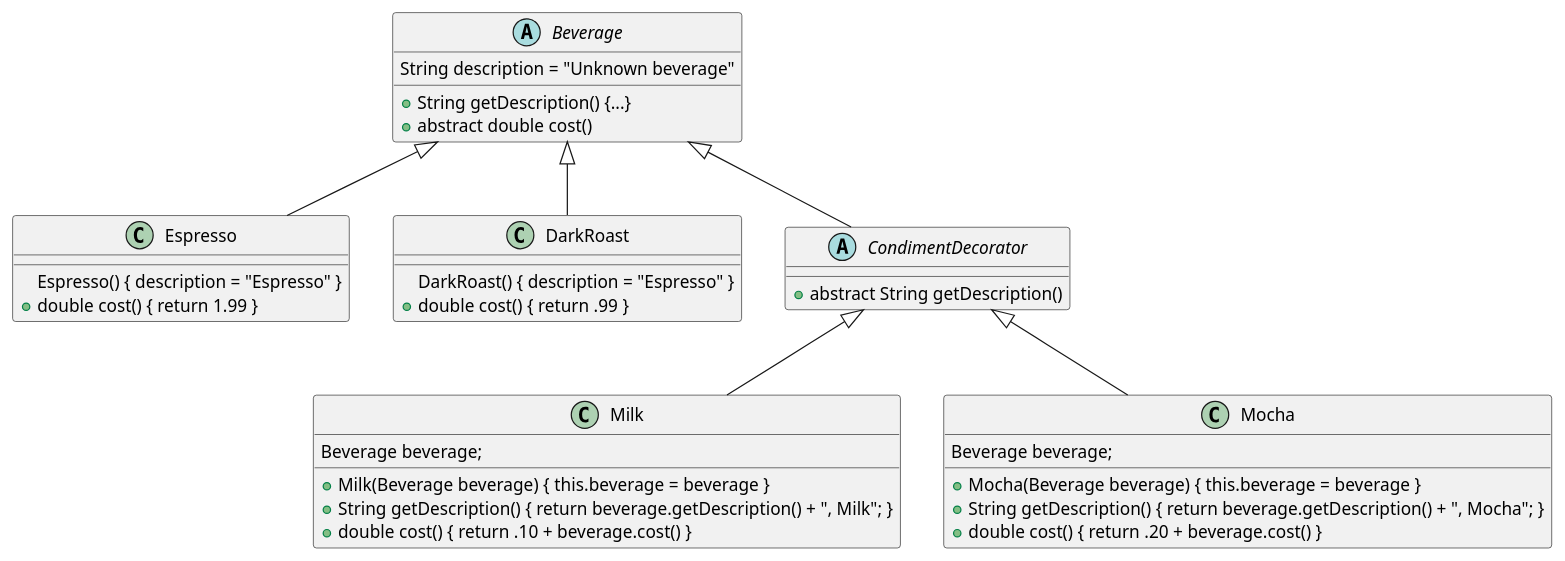
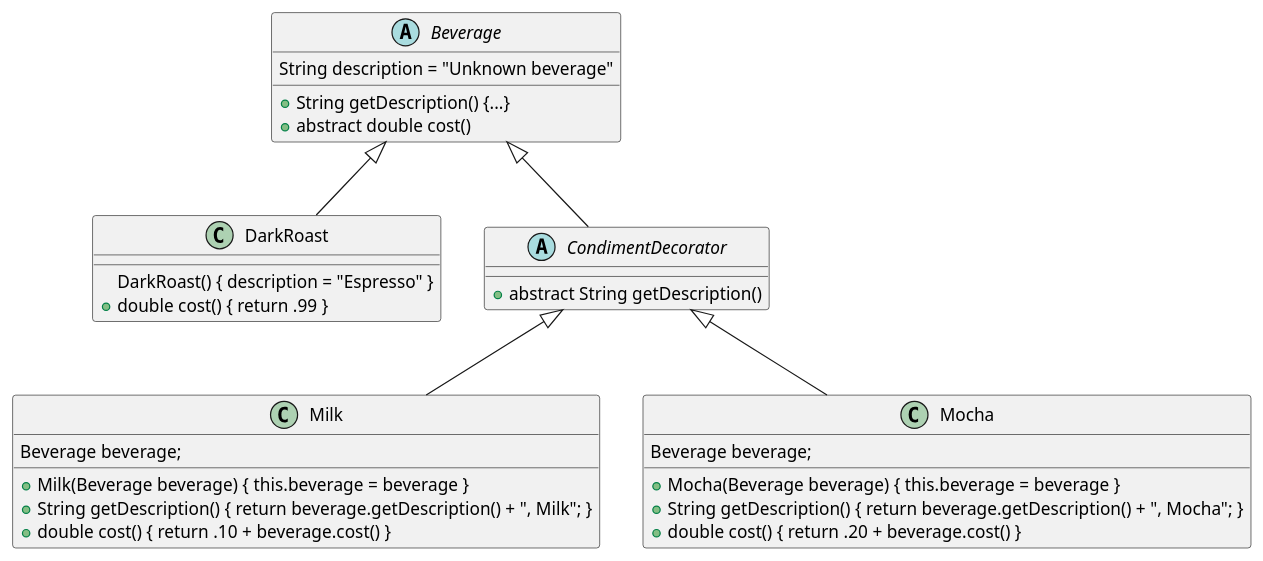
Before and after one commit to azdanov/design-patterns: the diagram in UML/decorator.puml, drawn with PlantUML. The commit also changed 1 other file, not shown here.

```diff
--- a/UML/decorator.puml
+++ b/UML/decorator.puml
@@ -1,37 +1,32 @@
 @startuml Decorator
 
 abstract class Beverage {
   {field} String description = "Unknown beverage"
   {method} + String getDescription() {...}
   {method} + abstract double cost()
-}
-
-class Espresso extends Beverage {
-  {method} Espresso() { description = "Espresso" }
-  {method} + double cost() { return 1.99 }
 }
 
 class DarkRoast extends Beverage {
   {method} DarkRoast() { description = "Espresso" }
   {method} + double cost() { return .99 }
 }
 
 abstract class CondimentDecorator extends Beverage {
   {method} + abstract String getDescription()
 }
 
 class Milk extends CondimentDecorator {
   {field} Beverage beverage;
   {method} + Milk(Beverage beverage) { this.beverage = beverage }
   {method} + String getDescription() { return beverage.getDescription() + ", Milk"; }
   {method} + double cost() { return .10 + beverage.cost() }
 }
 
 class Mocha extends CondimentDecorator {
   {field} Beverage beverage;
   {method} + Mocha(Beverage beverage) { this.beverage = beverage }
   {method} + String getDescription() { return beverage.getDescription() + ", Mocha"; }
   {method} + double cost() { return .20 + beverage.cost() }
 }
 
 @enduml
```
